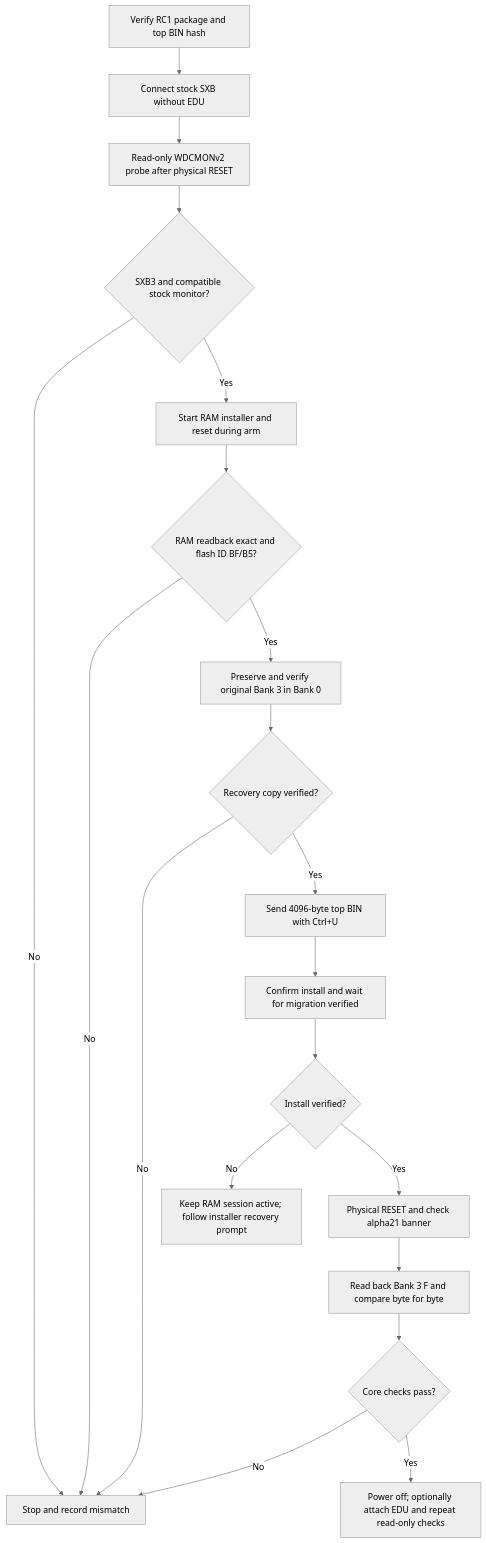
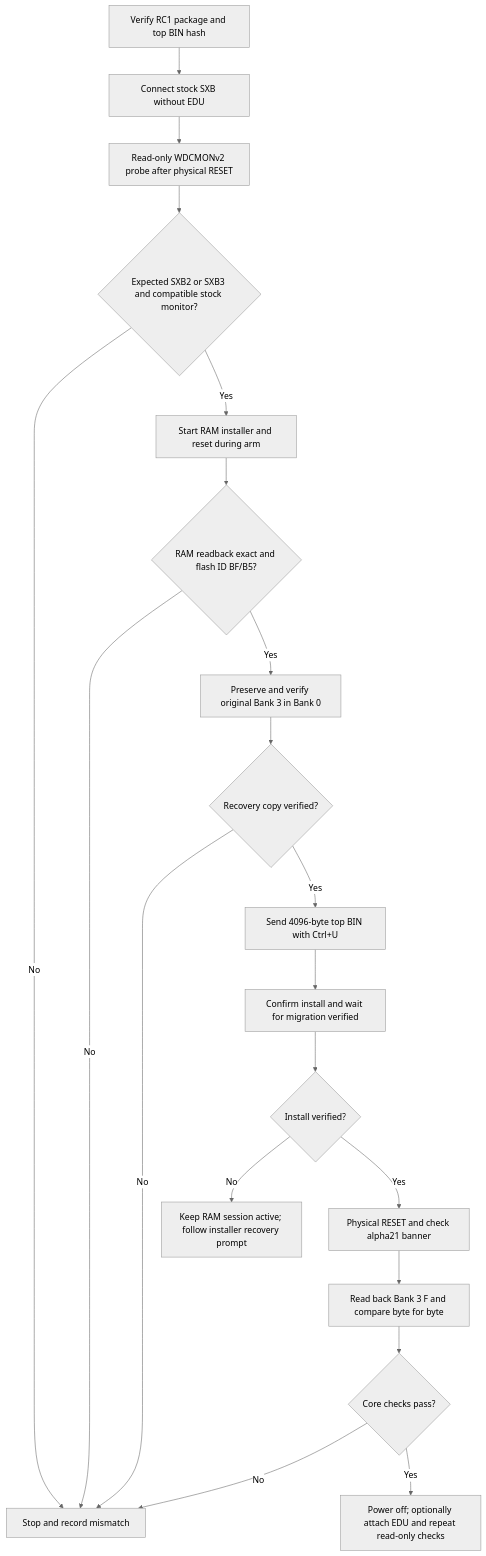
One commit to 95westus/STR8-N changed the diagram in docs/STR8N_V2_RC1_GETTING_STARTED_816.md. Above: the diagram before and after it, drawn with Mermaid (neutral theme). The commit also changed other lines of this file and 3 other files, not shown here.

````diff
--- a/docs/STR8N_V2_RC1_GETTING_STARTED_816.md
+++ b/docs/STR8N_V2_RC1_GETTING_STARTED_816.md
@@ -30,22 +31,22 @@
 ```mermaid
 flowchart TD
     A[Verify RC1 package and top BIN hash] --> B[Connect stock SXB without EDU]
     B --> C[Read-only WDCMONv2 probe after physical RESET]
-    C --> D{SXB3 and compatible stock monitor?}
+    C --> D{Expected SXB2 or SXB3 and compatible stock monitor?}
     D -- No --> STOP[Stop and record mismatch]
     D -- Yes --> E[Start RAM installer and reset during arm]
     E --> F{RAM readback exact and flash ID BF/B5?}
     F -- No --> STOP
     F -- Yes --> G[Preserve and verify original Bank 3 in Bank 0]
     G --> H{Recovery copy verified?}
     H -- No --> STOP
     H -- Yes --> I[Send 4096-byte top BIN with Ctrl+U]
     I --> J[Confirm install and wait for migration verified]
     J --> K{Install verified?}
     K -- No --> L[Keep RAM session active; follow installer recovery prompt]
     K -- Yes --> M[Physical RESET and check alpha21 banner]
     M --> N[Read back Bank 3 F and compare byte for byte]
     N --> O{Core checks pass?}
     O -- No --> STOP
     O -- Yes --> P[Power off; optionally attach EDU and repeat read-only checks]
 ```
````
